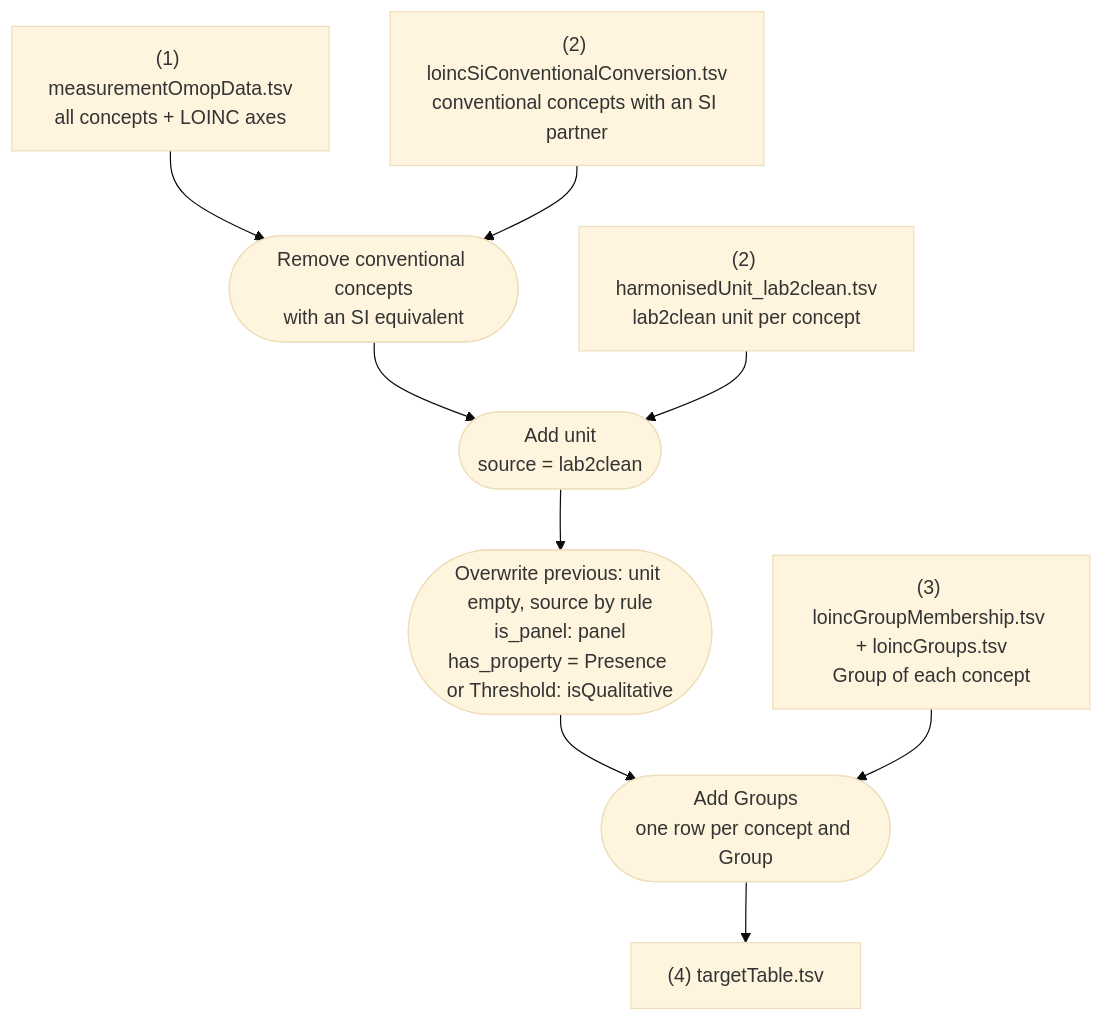
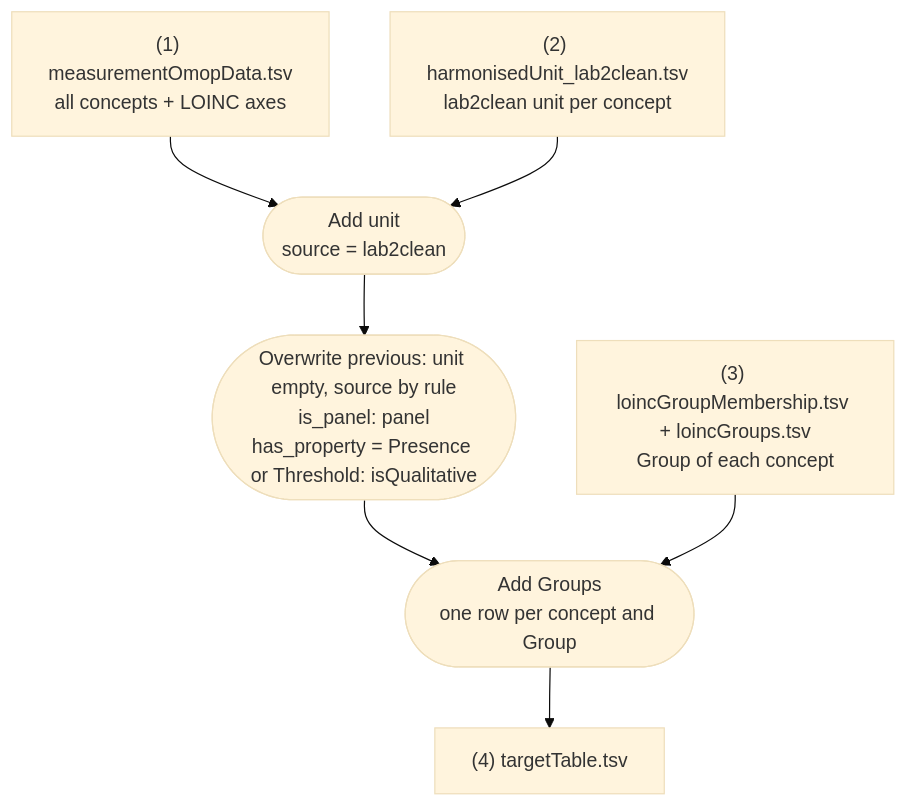
Before and after one commit to FINNGEN/kanta_lab_harmonisation_public: the diagram in SCRIPTS/3_Target/4_BuildTargetTable/README.md, drawn with Mermaid (base theme). The commit also changed other lines of this file and 15 other files, not shown here.

Commit message:
Target (SCRIPTS): Keep the conventional concepts, each with its own lab2clean unit and Groups

````diff
--- a/SCRIPTS/3_Target/4_BuildTargetTable/README.md
+++ b/SCRIPTS/3_Target/4_BuildTargetTable/README.md
@@ -74,11 +72,9 @@
 ```mermaid
 flowchart TD
-    A["(1) measurementOmopData.tsv<br/>all concepts + LOINC axes"] --> B
-    X["(2) loincSiConventionalConversion.tsv<br/>conventional concepts with an SI partner"] --> B
-    B(["Remove conventional concepts<br/>with an SI equivalent"]) --> C
+    A["(1) measurementOmopData.tsv<br/>all concepts + LOINC axes"] --> C
     D["(2) harmonisedUnit_lab2clean.tsv<br/>lab2clean unit per concept"] --> C
     C(["Add unit<br/>source = lab2clean"]) --> F
     F(["Overwrite previous: unit empty, source by rule<br/>is_panel: panel<br/>has_property = Presence or Threshold: isQualitative"]) --> H
     L["(3) loincGroupMembership.tsv + loincGroups.tsv<br/>Group of each concept"] --> H
     H(["Add Groups<br/>one row per concept and Group"]) --> T["(4) targetTable.tsv"]
 ```
````
